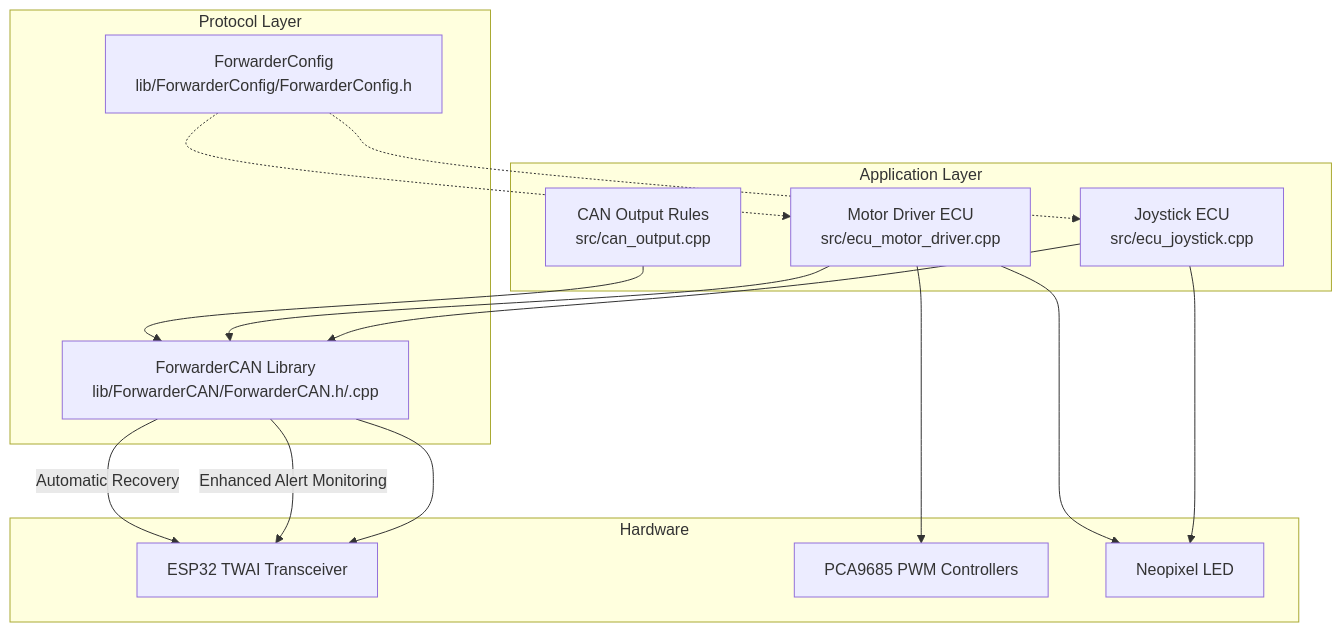
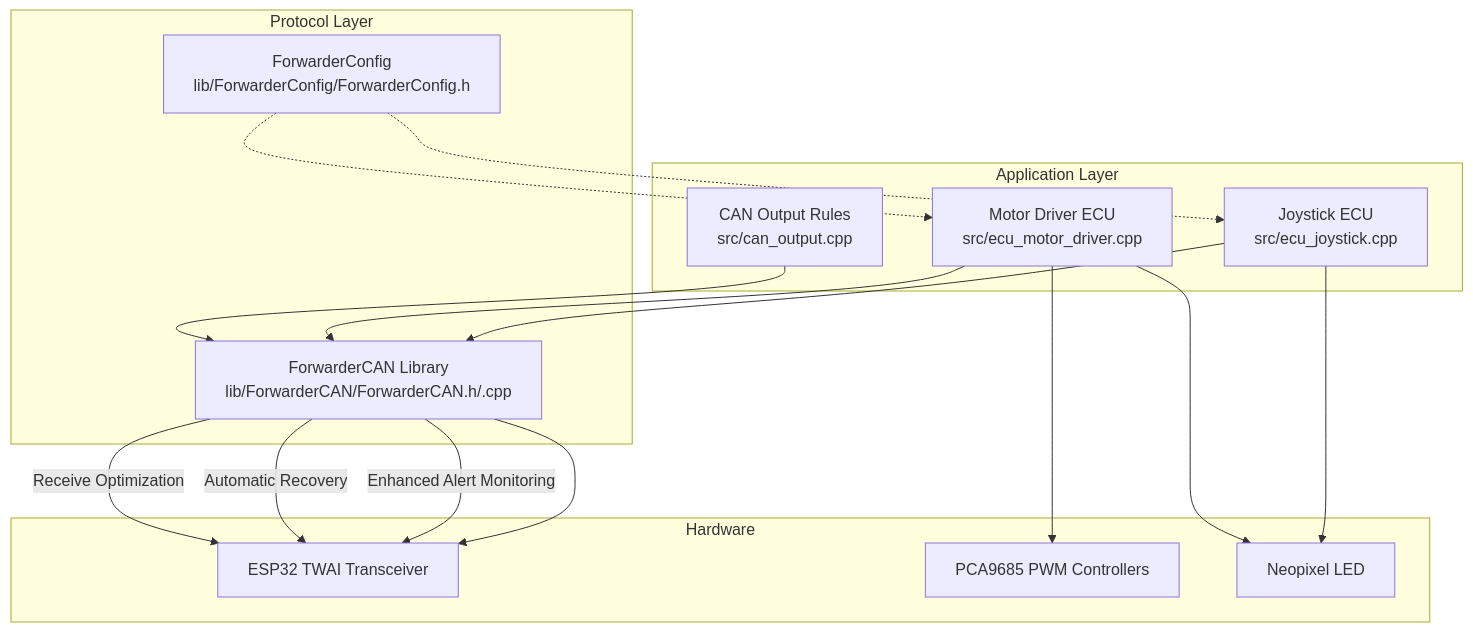
The first of 10 diagrams in .qoder/repowiki/en/content/CAN Protocol Implementation/CAN Protocol Implementation.md (gunicsba/ESP_CAN_ECU_joystick_collection), drawn with Mermaid before and after one commit. The commit also changed other lines of this file and 15 other files, not shown here.

````diff
--- a/.qoder/repowiki/en/content/CAN Protocol Implementation/CAN Protocol Implementation.md
+++ b/.qoder/repowiki/en/content/CAN Protocol Implementation/CAN Protocol Implementation.md
@@ -48,28 +51,29 @@
 ```mermaid
 graph TB
 subgraph "Application Layer"
 JS["Joystick ECU<br/>src/ecu_joystick.cpp"]
 MD["Motor Driver ECU<br/>src/ecu_motor_driver.cpp"]
 CO["CAN Output Rules<br/>src/can_output.cpp"]
 end
 subgraph "Protocol Layer"
 FC["ForwarderCAN Library<br/>lib/ForwarderCAN/ForwarderCAN.h/.cpp"]
 CFG["ForwarderConfig<br/>lib/ForwarderConfig/ForwarderConfig.h"]
 end
 subgraph "Hardware"
 CAN["ESP32 TWAI Transceiver"]
 PCA["PCA9685 PWM Controllers"]
 LED["Neopixel LED"]
 end
 FC --> CAN
 FC --> |"Enhanced Alert Monitoring"| CAN
 FC --> |"Automatic Recovery"| CAN
+FC --> |"Receive Optimization"| CAN
 JS --> FC
 MD --> FC
 CO --> FC
 MD --> PCA
 JS --> LED
 MD --> LED
 CFG -.-> JS
 CFG -.-> MD
 ```
````
